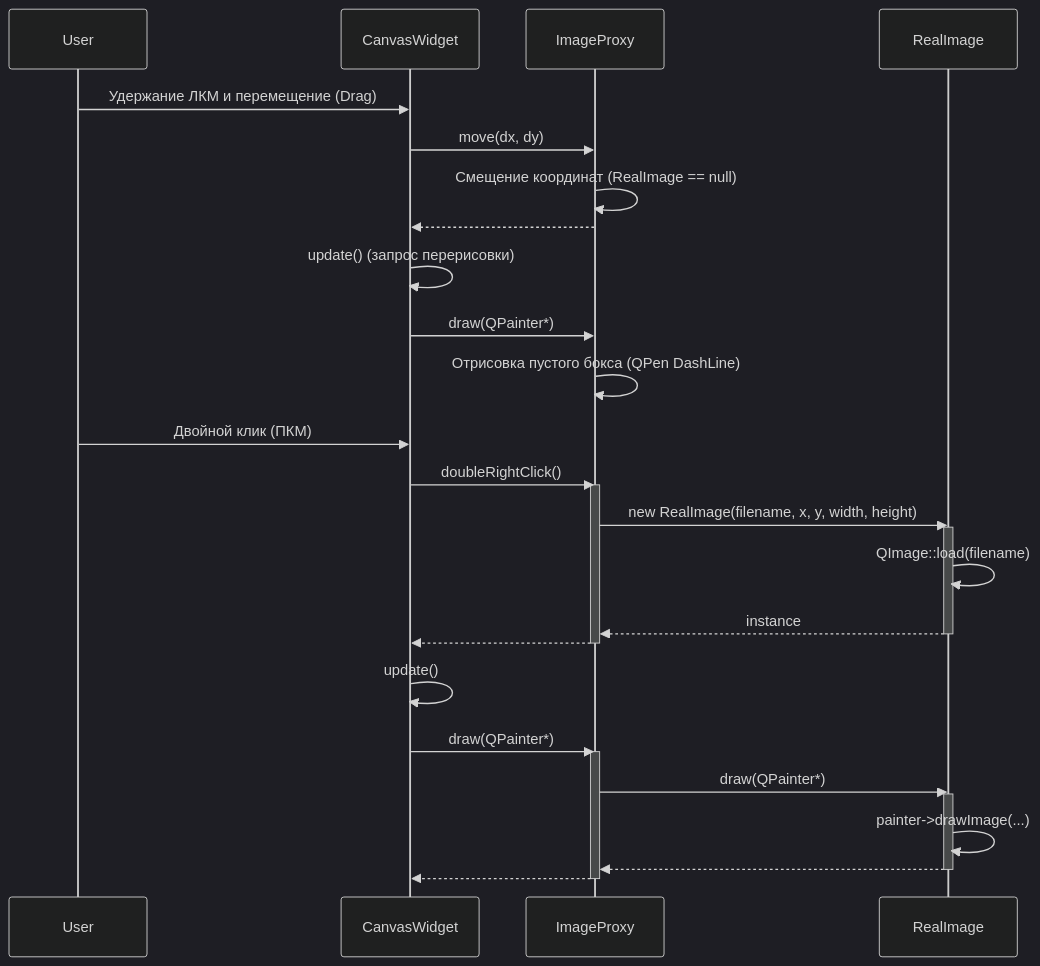
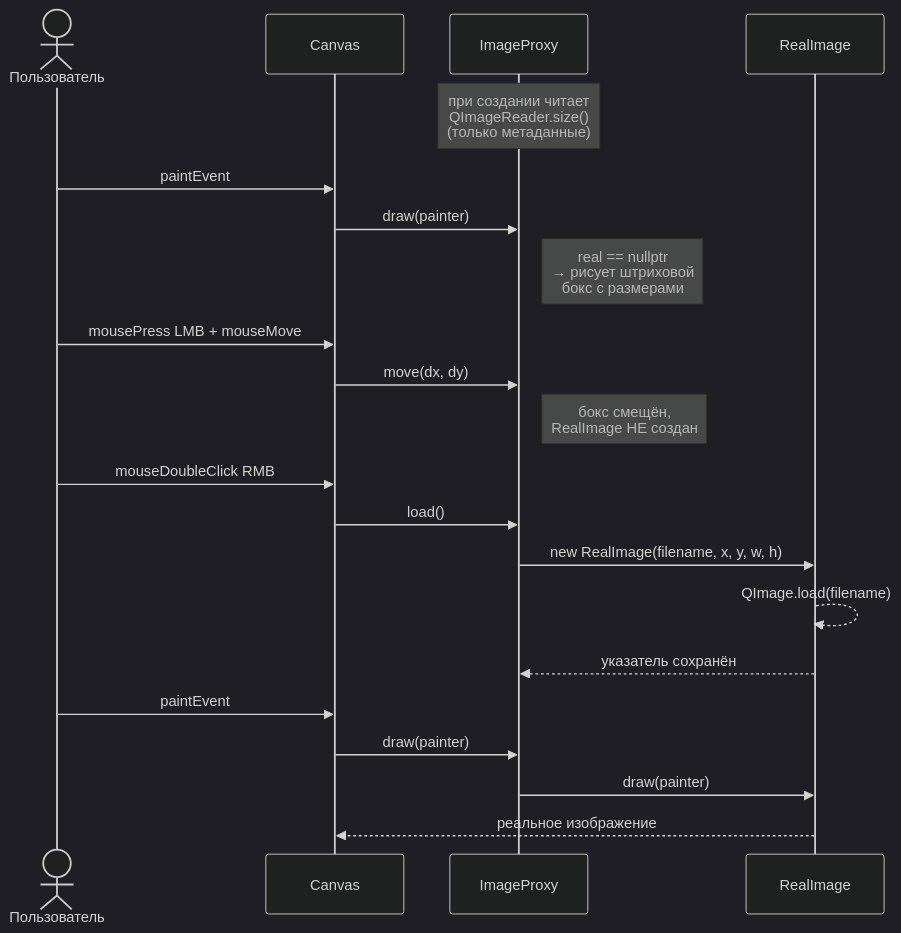
The second of 2 diagrams in software-architecture/lab-4/README.md (ivan-aleschin/uni), drawn with Mermaid (dark theme) before and after one commit. The commit also changed other lines of this file and 20 other files, not shown here.

````diff
--- a/software-architecture/lab-4/README.md
+++ b/software-architecture/lab-4/README.md
@@ -85,37 +110,28 @@
 ```mermaid
 sequenceDiagram
-    participant User
-    participant Canvas as CanvasWidget
+    actor User as Пользователь
+    participant Canvas
     participant Proxy as ImageProxy
     participant Real as RealImage
 
-    User->>Canvas: Удержание ЛКМ и перемещение (Drag)
+    Note over Proxy: при создании читает<br/>QImageReader.size()<br/>(только метаданные)
+
+    User->>Canvas: paintEvent
+    Canvas->>Proxy: draw(painter)
+    Note right of Proxy: real == nullptr<br/>→ рисует штриховой<br/>бокс с размерами
+
+    User->>Canvas: mousePress LMB + mouseMove
     Canvas->>Proxy: move(dx, dy)
-    Proxy->>Proxy: Смещение координат (RealImage == null)
-    Proxy-->>Canvas: 
-    Canvas->>Canvas: update() (запрос перерисовки)
-    Canvas->>Proxy: draw(QPainter*)
-    Proxy->>Proxy: Отрисовка пустого бокса (QPen DashLine)
+    Note right of Proxy: бокс смещён,<br/>RealImage НЕ создан
 
-    User->>Canvas: Двойной клик (ПКМ)
-    Canvas->>Proxy: doubleRightClick()
-    activate Proxy
-    Proxy->>Real: new RealImage(filename, x, y, width, height)
-    activate Real
-    Real->>Real: QImage::load(filename)
-    Real-->>Proxy: instance
-    deactivate Real
-    Proxy-->>Canvas: 
-    deactivate Proxy
-    Canvas->>Canvas: update()
-    
-    Canvas->>Proxy: draw(QPainter*)
-    activate Proxy
-    Proxy->>Real: draw(QPainter*)
-    activate Real
-    Real->>Real: painter->drawImage(...)
-    Real-->>Proxy: 
-    deactivate Real
-    Proxy-->>Canvas: 
-    deactivate Proxy
+    User->>Canvas: mouseDoubleClick RMB
+    Canvas->>Proxy: load()
+    Proxy->>Real: new RealImage(filename, x, y, w, h)
+    Real-->>Real: QImage.load(filename)
+    Real-->>Proxy: указатель сохранён
+
+    User->>Canvas: paintEvent
+    Canvas->>Proxy: draw(painter)
+    Proxy->>Real: draw(painter)
+    Real-->>Canvas: реальное изображение
 ```
````
